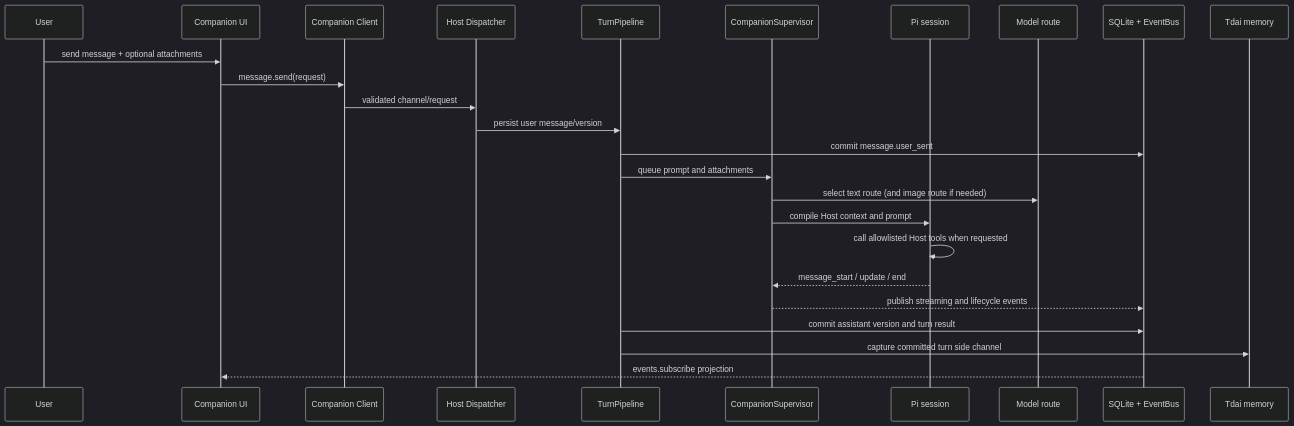
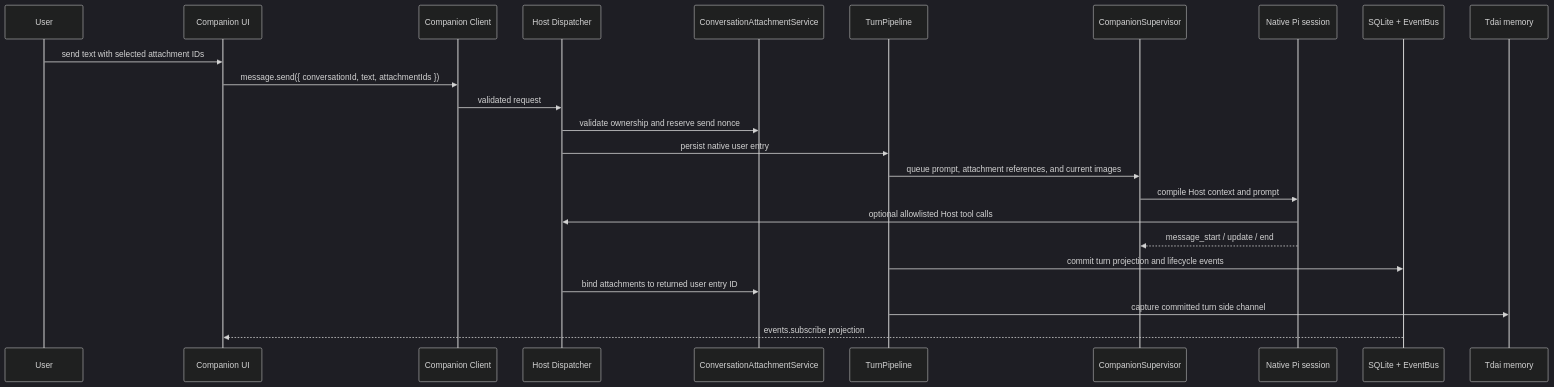
The fourth of 6 diagrams in docs/refernece/architecture.md (fltb/bear-harness), drawn with Mermaid (dark theme) before and after one commit. The commit also changed other lines of this file and 163 other files, not shown here.

Commit message:
feat: adopt conversation attachments and direct agents

````diff
--- a/docs/refernece/architecture.md
+++ b/docs/refernece/architecture.md
@@ -143,28 +136,27 @@
 ```mermaid
 sequenceDiagram
     participant U as User
     participant UI as Companion UI
     participant C as Companion Client
     participant D as Host Dispatcher
+    participant A as ConversationAttachmentService
     participant TP as TurnPipeline
     participant S as CompanionSupervisor
-    participant P as Pi session
-    participant M as Model route
+    participant P as Native Pi session
     participant DB as SQLite + EventBus
     participant Mem as Tdai memory
 
-    U->>UI: send message + optional attachments
-    UI->>C: message.send(request)
-    C->>D: validated channel/request
-    D->>TP: persist user message/version
-    TP->>DB: commit message.user_sent
-    TP->>S: queue prompt and attachments
-    S->>M: select text route (and image route if needed)
+    U->>UI: send text with selected attachment IDs
+    UI->>C: message.send({ conversationId, text, attachmentIds })
+    C->>D: validated request
+    D->>A: validate ownership and reserve send nonce
+    D->>TP: persist native user entry
+    TP->>S: queue prompt, attachment references, and current images
     S->>P: compile Host context and prompt
-    P->>P: call allowlisted Host tools when requested
+    P->>D: optional allowlisted Host tool calls
     P-->>S: message_start / update / end
-    S-->>DB: publish streaming and lifecycle events
-    TP->>DB: commit assistant version and turn result
+    TP->>DB: commit turn projection and lifecycle events
+    D->>A: bind attachments to returned user entry ID
     TP->>Mem: capture committed turn side channel
     DB-->>UI: events.subscribe projection
 ```
````
